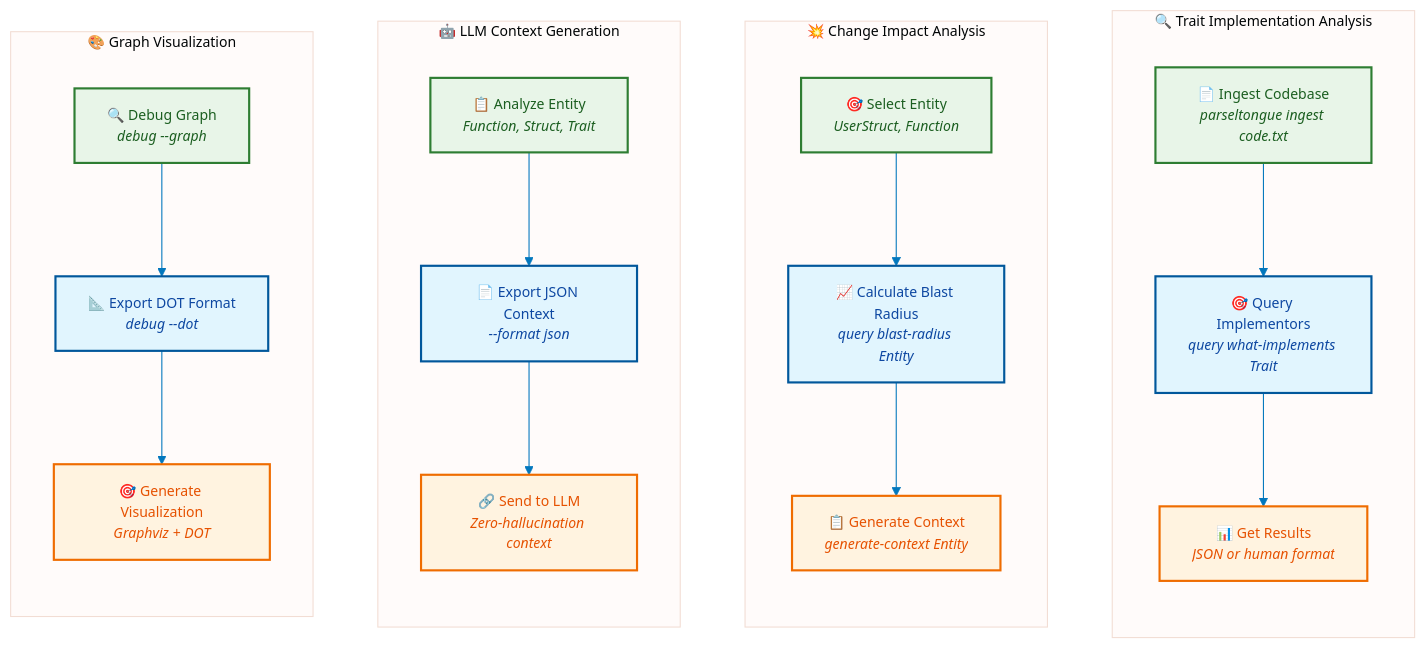
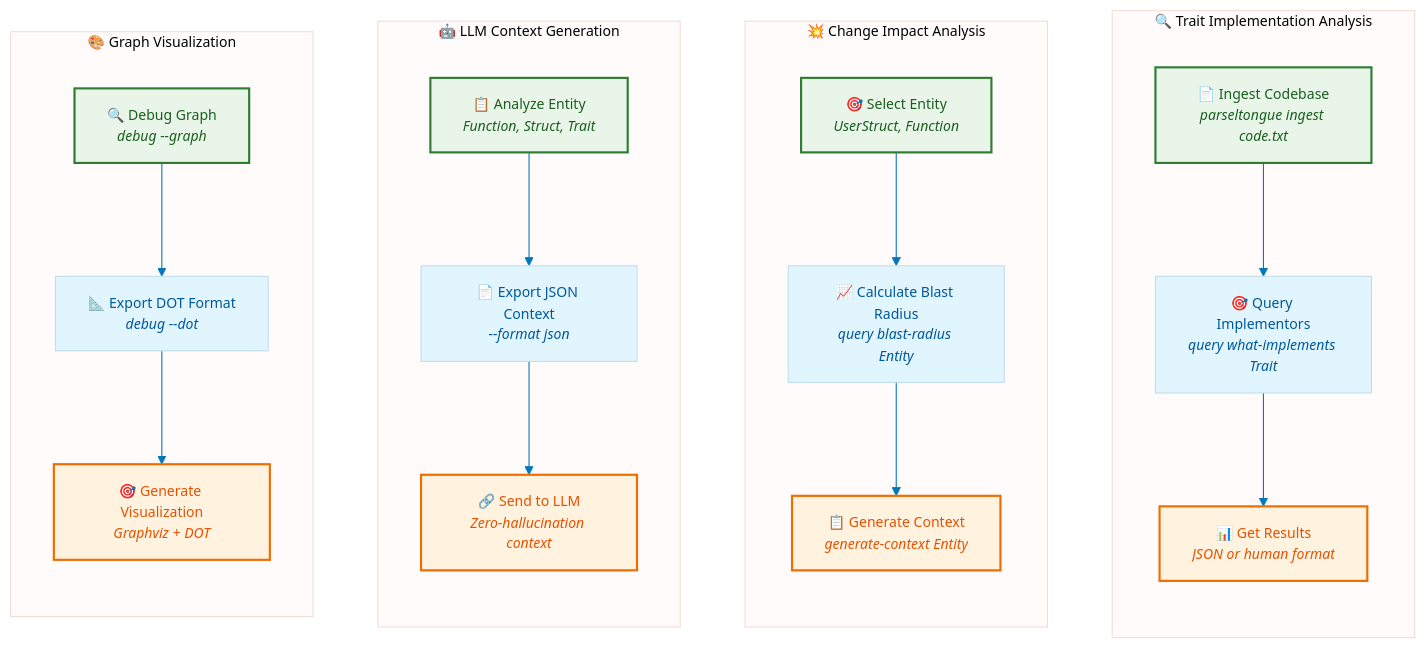
The diagram in README.md (that-in-rust/parseltongue), drawn with Mermaid before and after one commit. The commit also changed other lines of this file and 1 other file, not shown here.

````diff
--- a/README.md
+++ b/README.md
@@ -220,44 +26,43 @@
 ```mermaid
 %%{init: {'theme':'base', 'themeVariables': {'primaryColor':'#e1f5fe', 'primaryTextColor':'#01579b', 'lineColor':'#0277bd', 'fontFamily':'Arial', 'fontSize':'13px'}, 'flowchart': {'nodeSpacing': 60, 'rankSpacing': 80, 'wrappingWidth': 140}}}%%
 flowchart TD
     %% Workflow 1: Trait Analysis
     subgraph "🔍 Trait Implementation Analysis"
         direction TB
         W1A["📄 Ingest Codebase<br/><i>parseltongue ingest code.txt</i>"]
         W1A --> W1B["🎯 Query Implementors<br/><i>query what-implements Trait</i>"]
         W1B --> W1C["📊 Get Results<br/><i>JSON or human format</i>"]
     end
 
     %% Workflow 2: Impact Analysis
     subgraph "💥 Change Impact Analysis"
         direction TB
         W2A["🎯 Select Entity<br/><i>UserStruct, Function</i>"]
         W2A --> W2B["📈 Calculate Blast Radius<br/><i>query blast-radius Entity</i>"]
         W2B --> W2C["📋 Generate Context<br/><i>generate-context Entity</i>"]
     end
 
     %% Workflow 3: LLM Integration
     subgraph "🤖 LLM Context Generation"
         direction TB
         W3A["📋 Analyze Entity<br/><i>Function, Struct, Trait</i>"]
         W3A --> W3B["📄 Export JSON Context<br/><i>--format json</i>"]
         W3B --> W3C["🔗 Send to LLM<br/><i>Zero-hallucination context</i>"]
     end
 
     %% Workflow 4: Visualization
     subgraph "🎨 Graph Visualization"
         direction TB
         W4A["🔍 Debug Graph<br/><i>debug --graph</i>"]
         W4A --> W4B["📐 Export DOT Format<br/><i>debug --dot</i>"]
         W4B --> W4C["🎯 Generate Visualization<br/><i>Graphviz + DOT</i>"]
     end
 
     %% Styling
     classDef workflow fill:#e8f5e8,stroke:#2e7d32,stroke-width:2px,color:#1b5e20
     classDef process fill:#e1f5fe,stroke:#01579b,stroke-width:2px,color:#0d47a1
     classDef output fill:#fff3e0,stroke:#ef6c00,stroke-width:2px,color:#e65100
 
     class W1A,W2A,W3A,W4A workflow
-    class W1B,W2B,W3B,W4B process
     class W1C,W2C,W3C,W4C output
 ```
````
